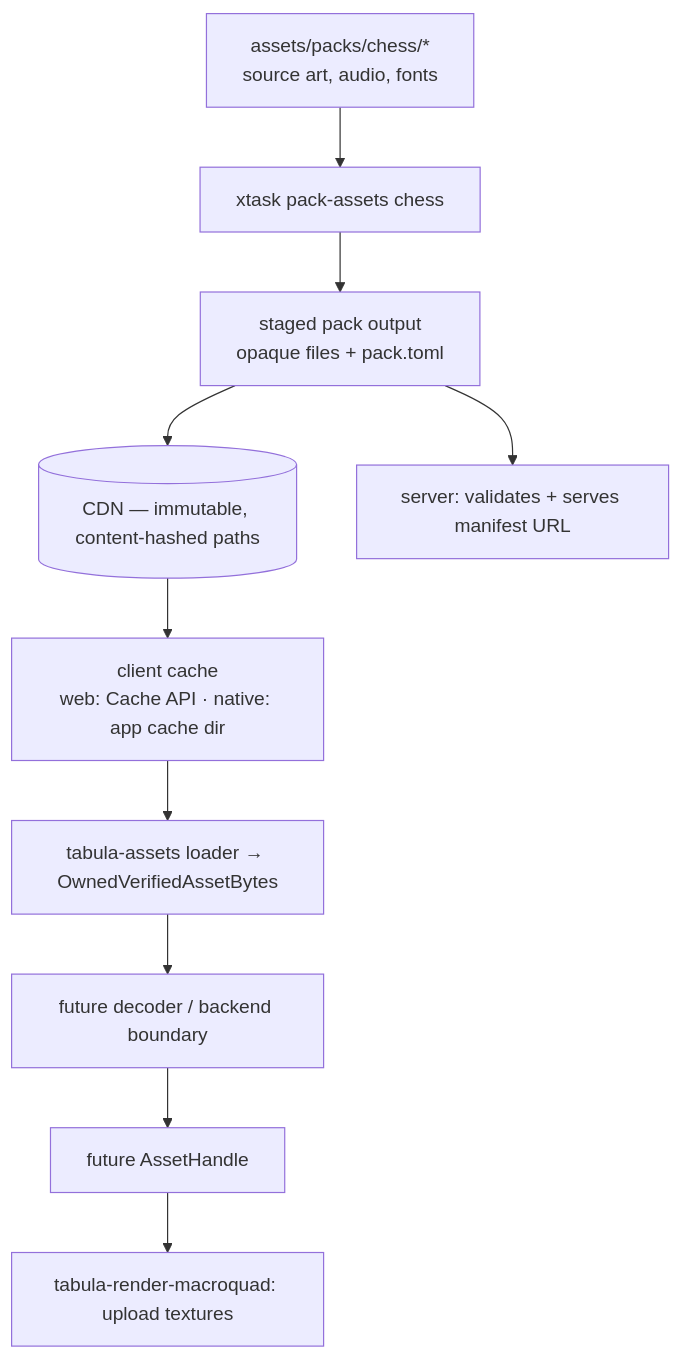
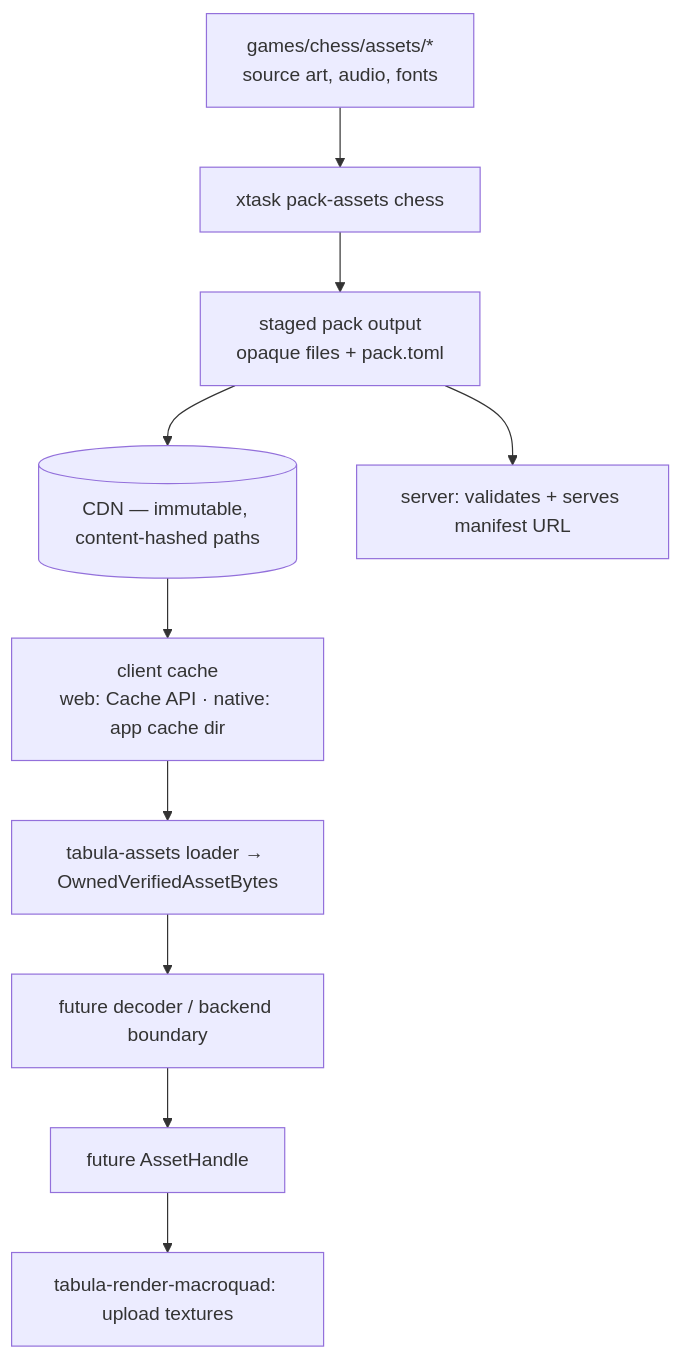
One commit to loveoverflowcom/tabula changed the sixth of 6 diagrams in docs/architecture/04-frontend-and-design-system.md. Above: the diagram before and after it, drawn with Mermaid. The commit also changed 90 other files, not shown here.

Commit message:
refactor(assets): colocate game source packs with their owners

````diff
--- a/docs/architecture/04-frontend-and-design-system.md
+++ b/docs/architecture/04-frontend-and-design-system.md
@@ -1035,12 +1035,12 @@
 ```mermaid
 flowchart TB
-    SRC["assets/packs/chess/*<br/>source art, audio, fonts"] --> BUILD["xtask pack-assets chess"]
+    SRC["games/chess/assets/*<br/>source art, audio, fonts"] --> BUILD["xtask pack-assets chess"]
     BUILD --> PACK["staged pack output<br/>opaque files + pack.toml"]
     PACK --> CDN[("CDN — immutable, content-hashed paths")]
     PACK --> SRV["server: validates + serves manifest URL"]
     CDN --> CACHE["client cache<br/>web: Cache API · native: app cache dir"]
     CACHE --> LOAD["tabula-assets loader → OwnedVerifiedAssetBytes"]
     LOAD --> DECODE["future decoder / backend boundary"]
     DECODE --> HANDLE["future AssetHandle"]
     HANDLE --> REND["tabula-render-macroquad: upload textures"]
 ```
````
